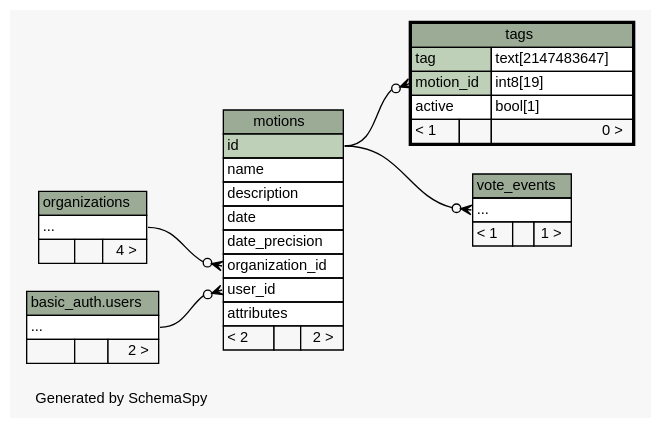
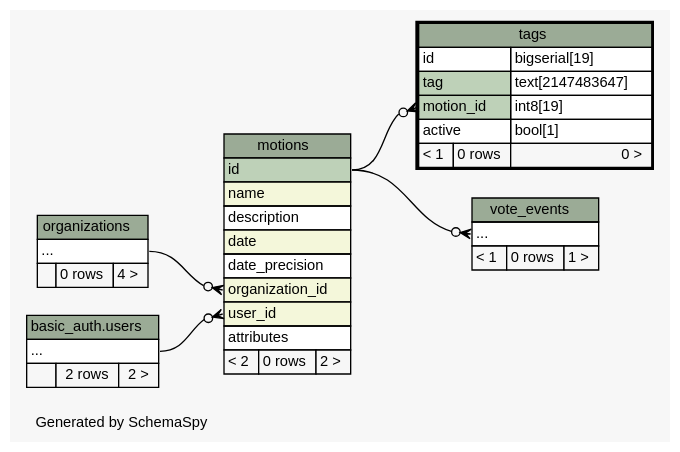
Before and after one commit to michalskop/hlasovali.cz: the diagram in api/schema/diagrams/tags.2degrees.dot, drawn with Graphviz. The commit also changed 249 other files, not shown here.

```diff
--- a/api/schema/diagrams/tags.2degrees.dot
+++ b/api/schema/diagrams/tags.2degrees.dot
@@ -1,84 +1,85 @@
-// dot 2.36.0 on Linux 3.13.0-85-generic
+// dot 2.36.0 on Linux 3.13.0-91-generic
 // SchemaSpy rev 590
 digraph "twoDegreesRelationshipsDiagram" {
   graph [
     rankdir="RL"
     bgcolor="#f7f7f7"
     label="\nGenerated by SchemaSpy"
     labeljust="l"
     nodesep="0.18"
     ranksep="0.46"
     fontname="Helvetica"
     fontsize="11"
   ];
   node [
     fontname="Helvetica"
     fontsize="11"
     shape="plaintext"
   ];
   edge [
     arrowsize="0.8"
   ];
   "motions":"organization_id":w -> "organizations":"elipses":e [arrowhead=none dir=back arrowtail=crowodot];
   "motions":"user_id":w -> "basic_auth.users":"elipses":e [arrowhead=none dir=back arrowtail=crowodot];
   "tags":"motion_id":w -> "motions":"id":e [arrowhead=none dir=back arrowtail=crowodot];
   "vote_events":"elipses":w -> "motions":"id":e [arrowhead=none dir=back arrowtail=crowodot];
   "motions" [
     label=<
     <TABLE BORDER="0" CELLBORDER="1" CELLSPACING="0" BGCOLOR="#ffffff">
       <TR><TD COLSPAN="3" BGCOLOR="#9bab96" ALIGN="CENTER">motions</TD></TR>
       <TR><TD PORT="id" COLSPAN="3" BGCOLOR="#bed1b8" ALIGN="LEFT">id</TD></TR>
-      <TR><TD PORT="name" COLSPAN="3" ALIGN="LEFT">name</TD></TR>
+      <TR><TD PORT="name" COLSPAN="3" BGCOLOR="#f4f7da" ALIGN="LEFT">name</TD></TR>
       <TR><TD PORT="description" COLSPAN="3" ALIGN="LEFT">description</TD></TR>
-      <TR><TD PORT="date" COLSPAN="3" ALIGN="LEFT">date</TD></TR>
+      <TR><TD PORT="date" COLSPAN="3" BGCOLOR="#f4f7da" ALIGN="LEFT">date</TD></TR>
       <TR><TD PORT="date_precision" COLSPAN="3" ALIGN="LEFT">date_precision</TD></TR>
-      <TR><TD PORT="organization_id" COLSPAN="3" ALIGN="LEFT">organization_id</TD></TR>
-      <TR><TD PORT="user_id" COLSPAN="3" ALIGN="LEFT">user_id</TD></TR>
+      <TR><TD PORT="organization_id" COLSPAN="3" BGCOLOR="#f4f7da" ALIGN="LEFT">organization_id</TD></TR>
+      <TR><TD PORT="user_id" COLSPAN="3" BGCOLOR="#f4f7da" ALIGN="LEFT">user_id</TD></TR>
       <TR><TD PORT="attributes" COLSPAN="3" ALIGN="LEFT">attributes</TD></TR>
-      <TR><TD ALIGN="LEFT" BGCOLOR="#f7f7f7">&lt; 2</TD><TD ALIGN="RIGHT" BGCOLOR="#f7f7f7">  </TD><TD ALIGN="RIGHT" BGCOLOR="#f7f7f7">2 &gt;</TD></TR>
+      <TR><TD ALIGN="LEFT" BGCOLOR="#f7f7f7">&lt; 2</TD><TD ALIGN="RIGHT" BGCOLOR="#f7f7f7">0 rows</TD><TD ALIGN="RIGHT" BGCOLOR="#f7f7f7">2 &gt;</TD></TR>
     </TABLE>>
     URL="motions.html"
     tooltip="motions"
   ];
   "organizations" [
     label=<
     <TABLE BORDER="0" CELLBORDER="1" CELLSPACING="0" BGCOLOR="#ffffff">
       <TR><TD COLSPAN="3" BGCOLOR="#9bab96" ALIGN="CENTER">organizations</TD></TR>
       <TR><TD PORT="elipses" COLSPAN="3" ALIGN="LEFT">...</TD></TR>
-      <TR><TD ALIGN="LEFT" BGCOLOR="#f7f7f7">  </TD><TD ALIGN="RIGHT" BGCOLOR="#f7f7f7">  </TD><TD ALIGN="RIGHT" BGCOLOR="#f7f7f7">4 &gt;</TD></TR>
+      <TR><TD ALIGN="LEFT" BGCOLOR="#f7f7f7">  </TD><TD ALIGN="RIGHT" BGCOLOR="#f7f7f7">0 rows</TD><TD ALIGN="RIGHT" BGCOLOR="#f7f7f7">4 &gt;</TD></TR>
     </TABLE>>
     URL="organizations.html"
     tooltip="organizations"
   ];
   "tags" [
     label=<
     <TABLE BORDER="2" CELLBORDER="1" CELLSPACING="0" BGCOLOR="#ffffff">
       <TR><TD COLSPAN="3" BGCOLOR="#9bab96" ALIGN="CENTER">tags</TD></TR>
+      <TR><TD PORT="id" COLSPAN="2" ALIGN="LEFT">id</TD><TD PORT="id.type" ALIGN="LEFT">bigserial[19]</TD></TR>
       <TR><TD PORT="tag" COLSPAN="2" BGCOLOR="#bed1b8" ALIGN="LEFT">tag</TD><TD PORT="tag.type" ALIGN="LEFT">text[2147483647]</TD></TR>
       <TR><TD PORT="motion_id" COLSPAN="2" BGCOLOR="#bed1b8" ALIGN="LEFT">motion_id</TD><TD PORT="motion_id.type" ALIGN="LEFT">int8[19]</TD></TR>
       <TR><TD PORT="active" COLSPAN="2" ALIGN="LEFT">active</TD><TD PORT="active.type" ALIGN="LEFT">bool[1]</TD></TR>
-      <TR><TD ALIGN="LEFT" BGCOLOR="#f7f7f7">&lt; 1</TD><TD ALIGN="RIGHT" BGCOLOR="#f7f7f7">  </TD><TD ALIGN="RIGHT" BGCOLOR="#f7f7f7">0 &gt;</TD></TR>
+      <TR><TD ALIGN="LEFT" BGCOLOR="#f7f7f7">&lt; 1</TD><TD ALIGN="RIGHT" BGCOLOR="#f7f7f7">0 rows</TD><TD ALIGN="RIGHT" BGCOLOR="#f7f7f7">0 &gt;</TD></TR>
     </TABLE>>
     URL="tags.html"
     tooltip="tags"
   ];
   "basic_auth.users" [
     label=<
     <TABLE BORDER="0" CELLBORDER="1" CELLSPACING="0" BGCOLOR="#ffffff">
       <TR><TD COLSPAN="3" BGCOLOR="#9bab96" ALIGN="CENTER">basic_auth.users</TD></TR>
       <TR><TD PORT="elipses" COLSPAN="3" ALIGN="LEFT">...</TD></TR>
-      <TR><TD ALIGN="LEFT" BGCOLOR="#f7f7f7">  </TD><TD ALIGN="RIGHT" BGCOLOR="#f7f7f7">  </TD><TD ALIGN="RIGHT" BGCOLOR="#f7f7f7">2 &gt;</TD></TR>
+      <TR><TD ALIGN="LEFT" BGCOLOR="#f7f7f7">  </TD><TD ALIGN="RIGHT" BGCOLOR="#f7f7f7">2 rows</TD><TD ALIGN="RIGHT" BGCOLOR="#f7f7f7">2 &gt;</TD></TR>
     </TABLE>>
     tooltip="basic_auth.users"
   ];
   "vote_events" [
     label=<
     <TABLE BORDER="0" CELLBORDER="1" CELLSPACING="0" BGCOLOR="#ffffff">
       <TR><TD COLSPAN="3" BGCOLOR="#9bab96" ALIGN="CENTER">vote_events</TD></TR>
       <TR><TD PORT="elipses" COLSPAN="3" ALIGN="LEFT">...</TD></TR>
-      <TR><TD ALIGN="LEFT" BGCOLOR="#f7f7f7">&lt; 1</TD><TD ALIGN="RIGHT" BGCOLOR="#f7f7f7">  </TD><TD ALIGN="RIGHT" BGCOLOR="#f7f7f7">1 &gt;</TD></TR>
+      <TR><TD ALIGN="LEFT" BGCOLOR="#f7f7f7">&lt; 1</TD><TD ALIGN="RIGHT" BGCOLOR="#f7f7f7">0 rows</TD><TD ALIGN="RIGHT" BGCOLOR="#f7f7f7">1 &gt;</TD></TR>
     </TABLE>>
     URL="vote_events.html"
     tooltip="vote_events"
   ];
 }
```
